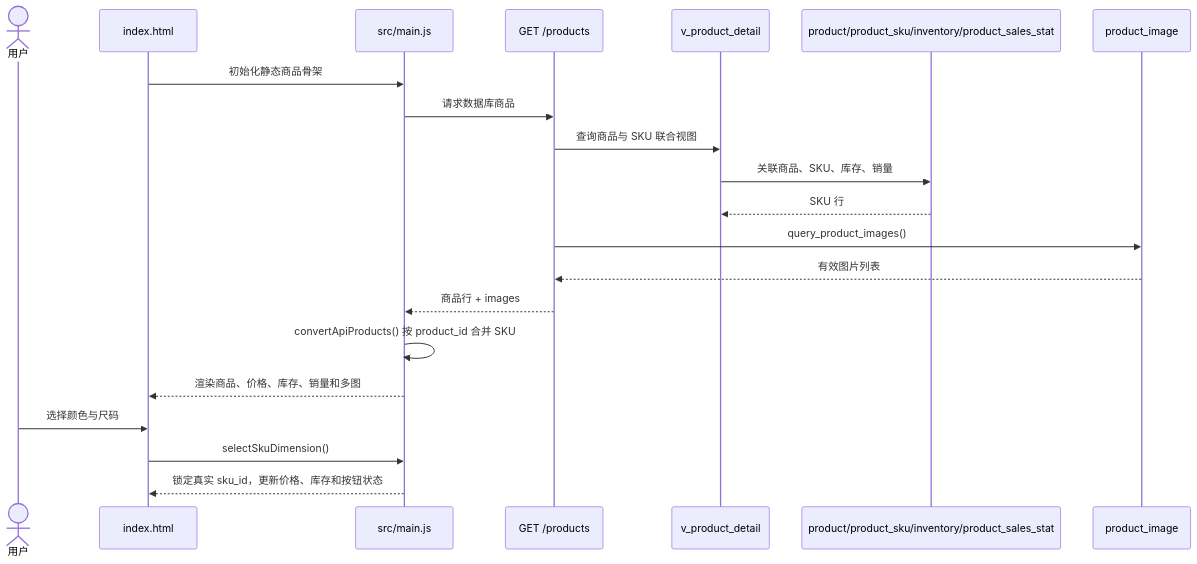
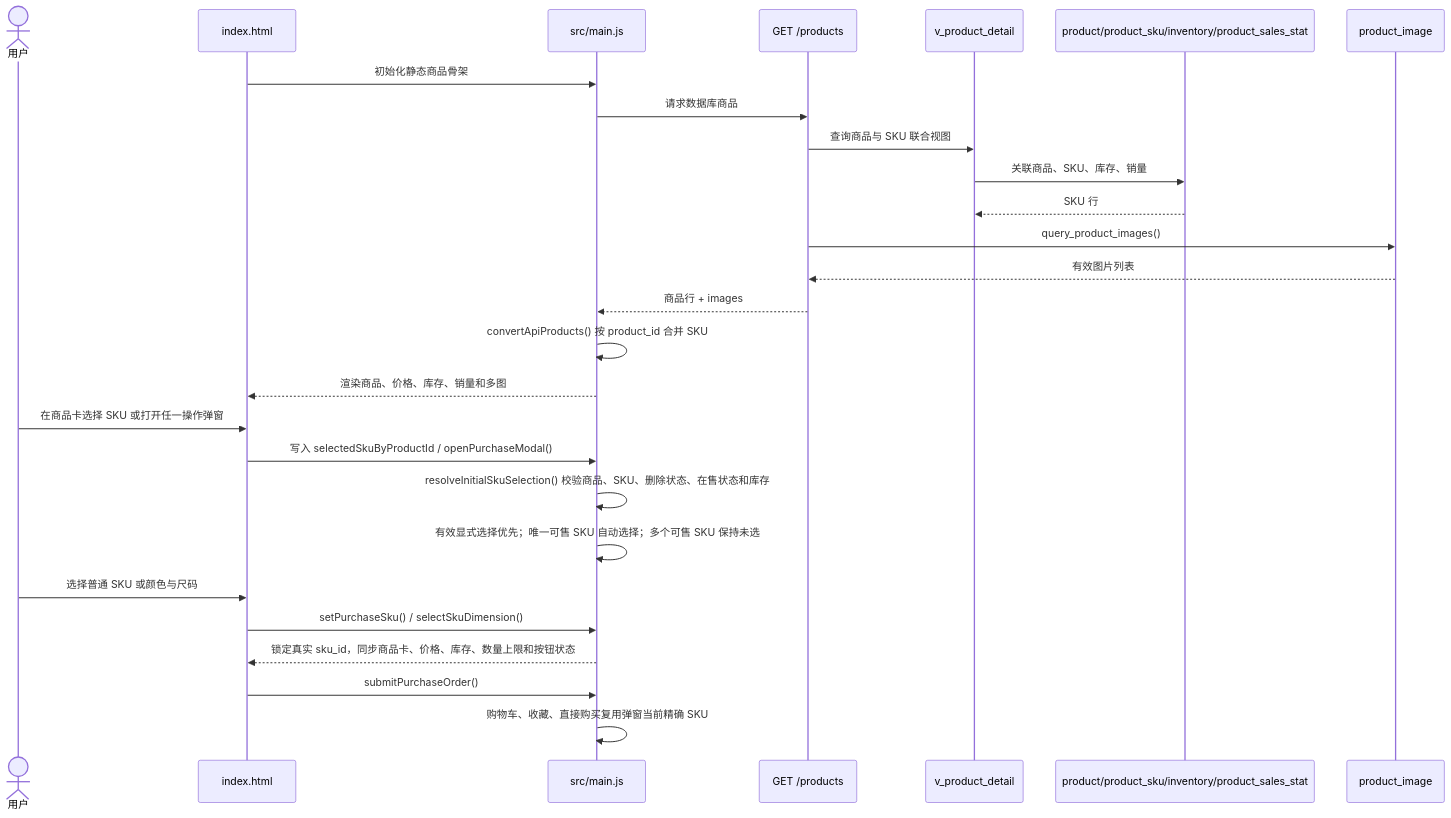
The third of 9 diagrams in docs/current-project-architecture.md (laananed/Cloth-Shop), drawn with Mermaid before and after one commit. The commit also changed other lines of this file and 4 other files, not shown here.

````diff
--- a/docs/current-project-architecture.md
+++ b/docs/current-project-architecture.md
@@ -328,24 +328,30 @@
 ```mermaid
 sequenceDiagram
     actor User as 用户
     participant Page as index.html
     participant JS as src/main.js
     participant API as GET /products
     participant View as v_product_detail
     participant Tables as product/product_sku/inventory/product_sales_stat
     participant Images as product_image
 
     Page->>JS: 初始化静态商品骨架
     JS->>API: 请求数据库商品
     API->>View: 查询商品与 SKU 联合视图
     View->>Tables: 关联商品、SKU、库存、销量
     Tables-->>View: SKU 行
     API->>Images: query_product_images()
     Images-->>API: 有效图片列表
     API-->>JS: 商品行 + images
     JS->>JS: convertApiProducts() 按 product_id 合并 SKU
     JS-->>Page: 渲染商品、价格、库存、销量和多图
-    User->>Page: 选择颜色与尺码
-    Page->>JS: selectSkuDimension()
-    JS-->>Page: 锁定真实 sku_id，更新价格、库存和按钮状态
+    User->>Page: 在商品卡选择 SKU 或打开任一操作弹窗
+    Page->>JS: 写入 selectedSkuByProductId / openPurchaseModal()
+    JS->>JS: resolveInitialSkuSelection() 校验商品、SKU、删除状态、在售状态和库存
+    JS->>JS: 有效显式选择优先；唯一可售 SKU 自动选择；多个可售 SKU 保持未选
+    User->>Page: 选择普通 SKU 或颜色与尺码
+    Page->>JS: setPurchaseSku() / selectSkuDimension()
+    JS-->>Page: 锁定真实 sku_id，同步商品卡、价格、库存、数量上限和按钮状态
+    Page->>JS: submitPurchaseOrder()
+    JS->>JS: 购物车、收藏、直接购买复用弹窗当前精确 SKU
 ```
````
